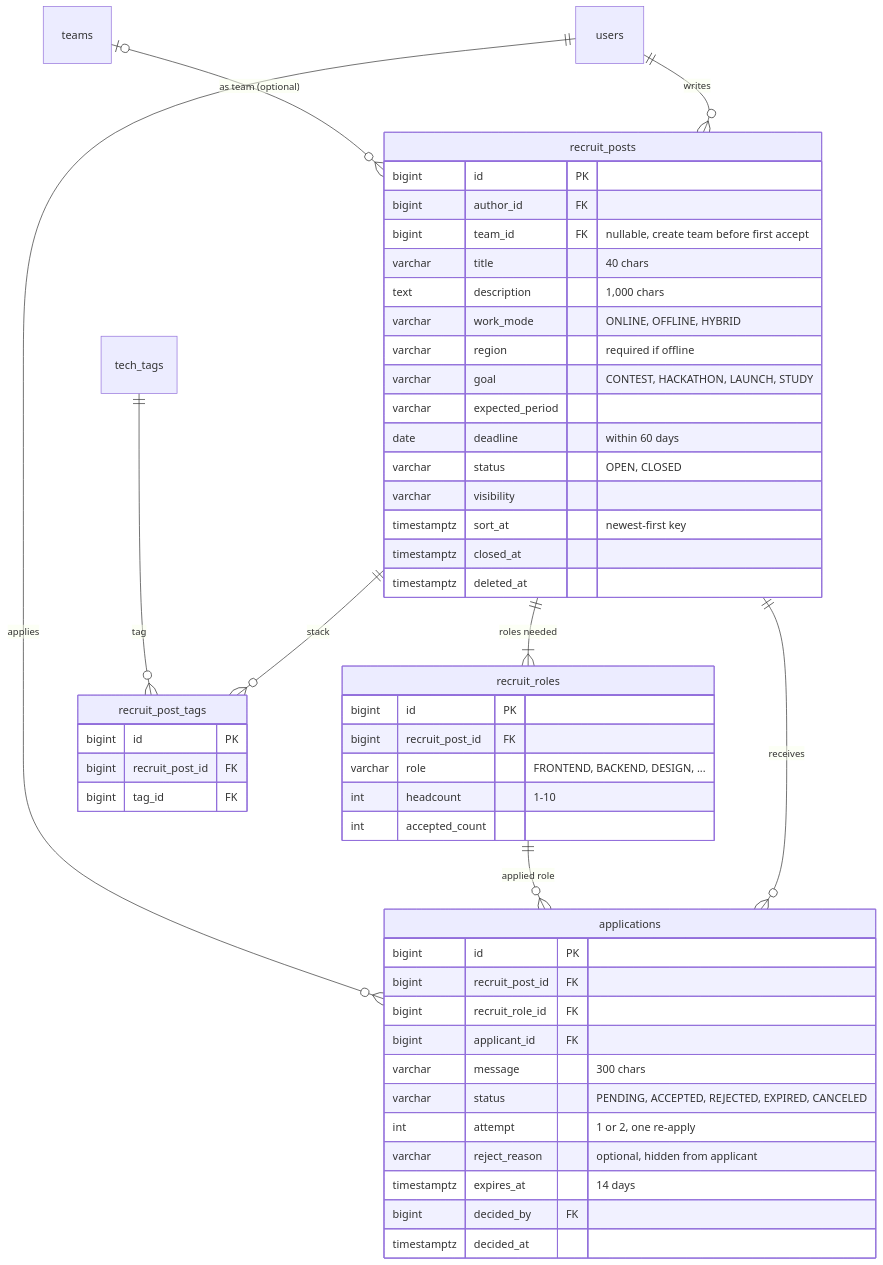
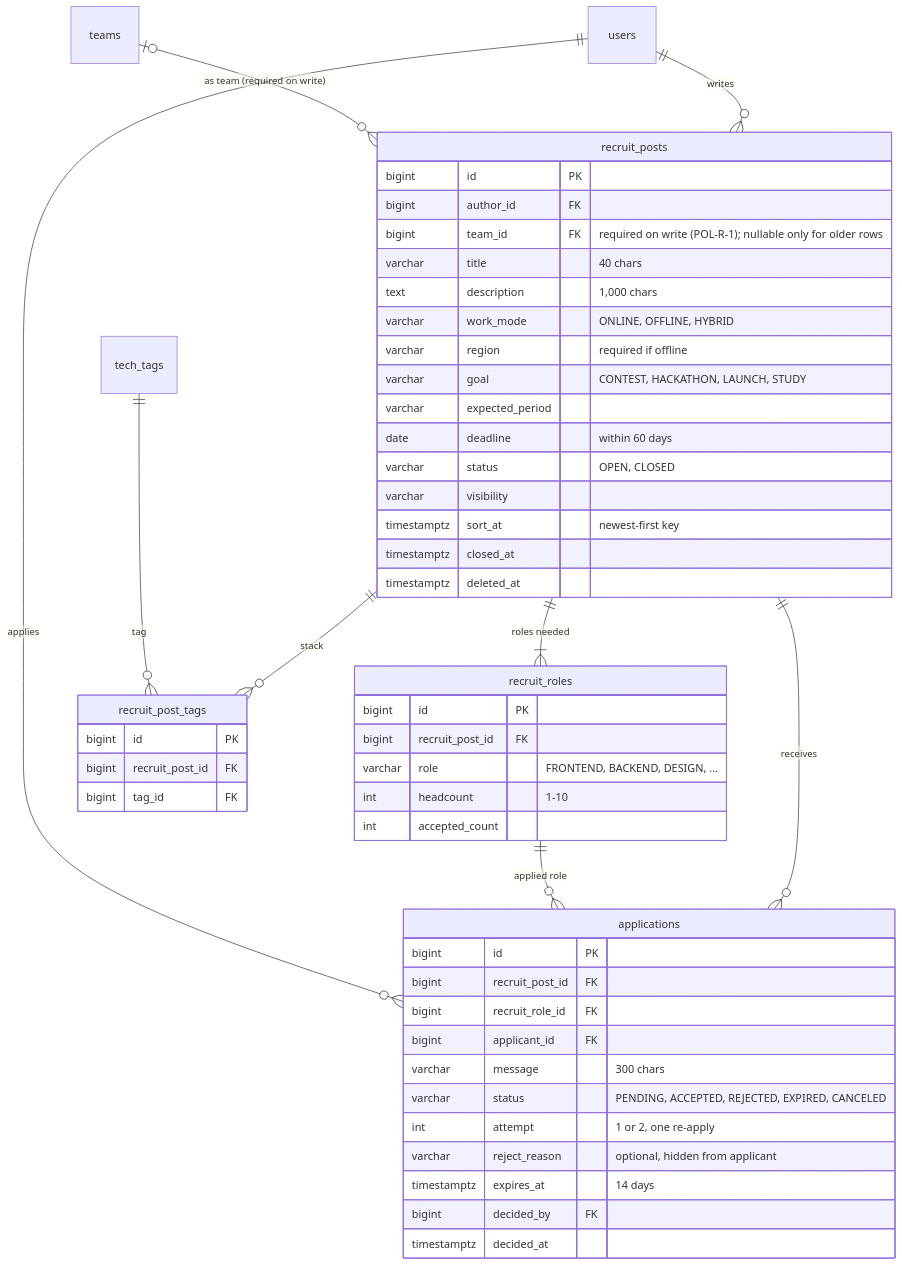
One commit to likelion-backendschool-9th/Linker changed the fourth of 11 diagrams in docs/development/01-erd.md. Above: the diagram before and after it, drawn with Mermaid. The commit also changed other lines of this file and 37 other files, not shown here.

````diff
--- a/docs/development/01-erd.md
+++ b/docs/development/01-erd.md
@@ -358,54 +358,54 @@
 ```mermaid
 erDiagram
   users ||--o{ recruit_posts : "writes"
-  teams |o--o{ recruit_posts : "as team (optional)"
+  teams |o--o{ recruit_posts : "as team (required on write)"
   recruit_posts ||--|{ recruit_roles : "roles needed"
   recruit_posts ||--o{ recruit_post_tags : "stack"
   tech_tags ||--o{ recruit_post_tags : "tag"
   recruit_posts ||--o{ applications : "receives"
   recruit_roles ||--o{ applications : "applied role"
   users ||--o{ applications : "applies"
 
   recruit_posts {
     bigint id PK
     bigint author_id FK
-    bigint team_id FK "nullable, create team before first accept"
+    bigint team_id FK "required on write (POL-R-1); nullable only for older rows"
     varchar title "40 chars"
     text description "1,000 chars"
     varchar work_mode "ONLINE, OFFLINE, HYBRID"
     varchar region "required if offline"
     varchar goal "CONTEST, HACKATHON, LAUNCH, STUDY"
     varchar expected_period
     date deadline "within 60 days"
     varchar status "OPEN, CLOSED"
     varchar visibility
     timestamptz sort_at "newest-first key"
     timestamptz closed_at
     timestamptz deleted_at
   }
   recruit_roles {
     bigint id PK
     bigint recruit_post_id FK
     varchar role "FRONTEND, BACKEND, DESIGN, ..."
     int headcount "1-10"
     int accepted_count
   }
   recruit_post_tags {
     bigint id PK
     bigint recruit_post_id FK
     bigint tag_id FK
   }
   applications {
     bigint id PK
     bigint recruit_post_id FK
     bigint recruit_role_id FK
     bigint applicant_id FK
     varchar message "300 chars"
     varchar status "PENDING, ACCEPTED, REJECTED, EXPIRED, CANCELED"
     int attempt "1 or 2, one re-apply"
     varchar reject_reason "optional, hidden from applicant"
     timestamptz expires_at "14 days"
     bigint decided_by FK
     timestamptz decided_at
   }
 ```
````
